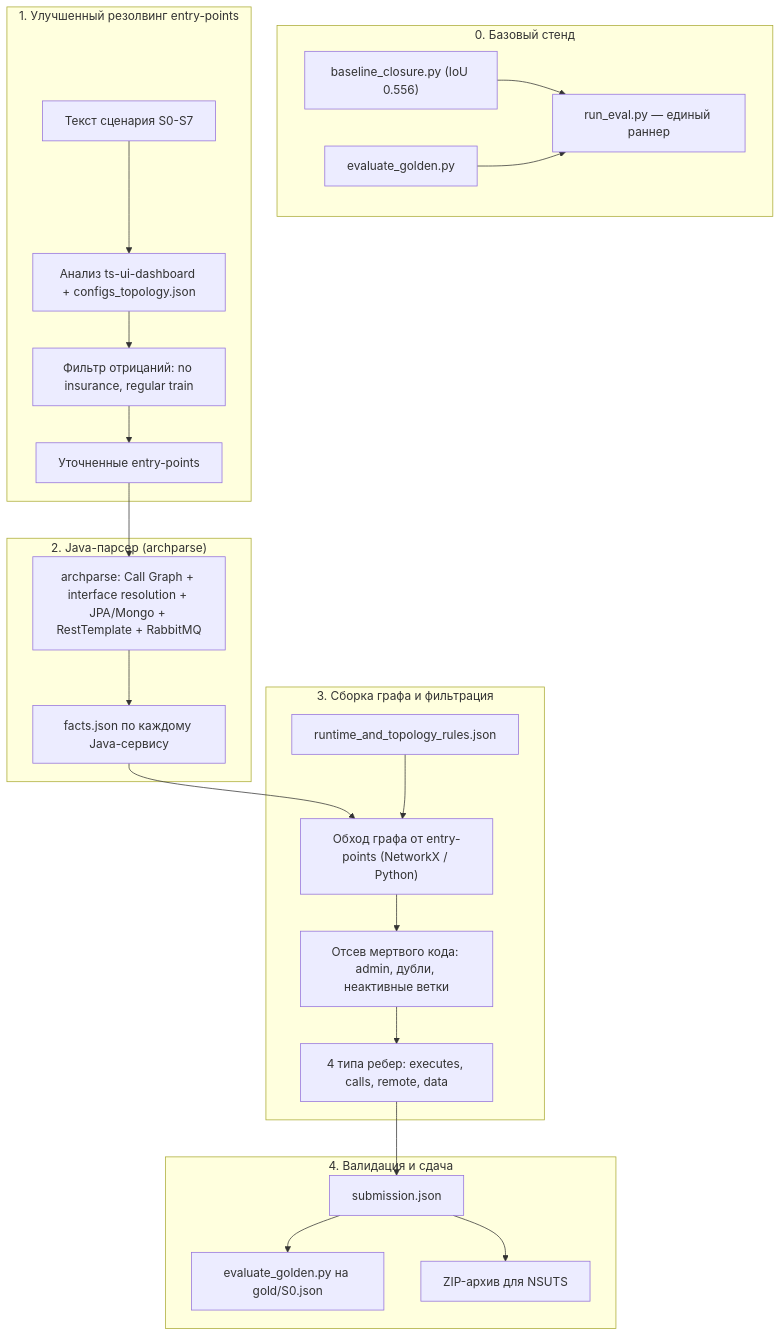
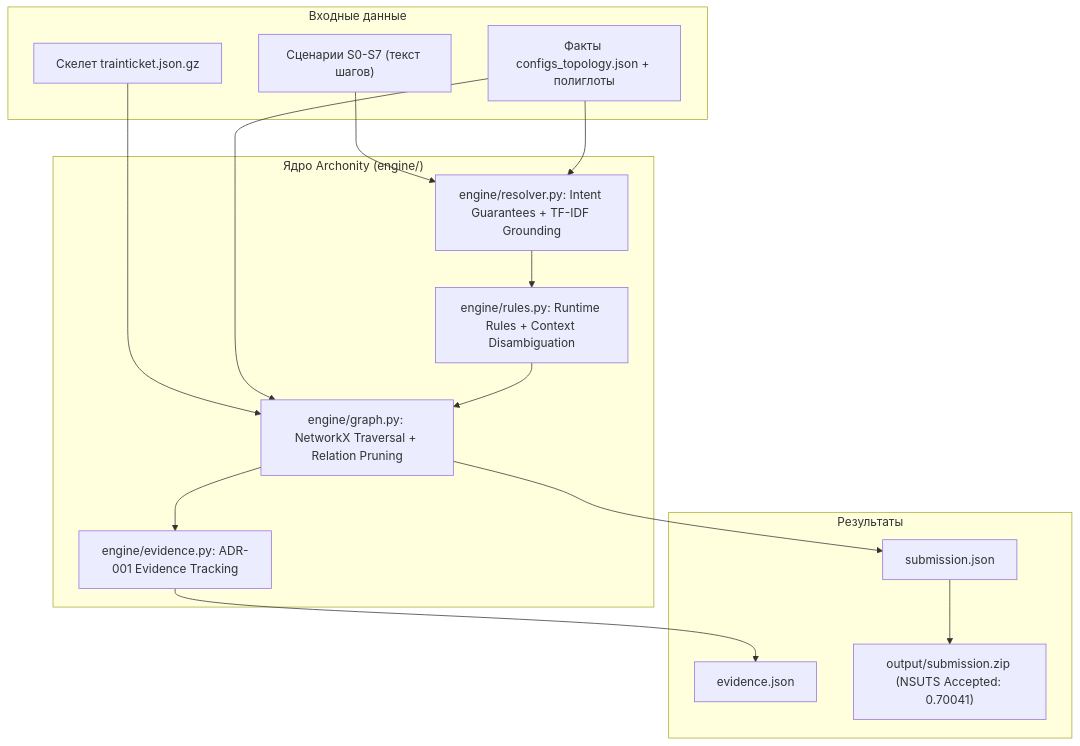
The diagram in docs/roadmap.md (teamv39/archonity), drawn with Mermaid before and after one commit. The commit also changed other lines of this file, not shown here.

Commit message:
docs: актуализировать roadmap с результатами платформы (0.70041) и этапами разработки

````diff
--- a/docs/roadmap.md
+++ b/docs/roadmap.md
@@ -68,31 +64,32 @@
 ```mermaid
 flowchart TD
-    subgraph S0["0. Базовый стенд"]
-        CLOSURE["baseline_closure.py (IoU 0.556)"] --> RUNNER["run_eval.py — единый раннер"]
-        EVAL["evaluate_golden.py"] --> RUNNER
+    subgraph INPUT["Входные данные"]
+        SKEL["Скелет trainticket.json.gz"]
+        SCEN["Сценарии S0-S7 (текст шагов)"]
+        FACTS["Факты configs_topology.json + полиглоты"]
     end
 
-    subgraph S1["1. Улучшенный резолвинг entry-points"]
-        SCEN["Текст сценария S0-S7"] --> UI_MAP["Анализ ts-ui-dashboard + configs_topology.json"]
-        UI_MAP --> NEG["Фильтр отрицаний: no insurance, regular train"]
-        NEG --> ENTRIES["Уточненные entry-points"]
+    subgraph ENGINE["Ядро Archonity (engine/)"]
+        RESOLVER["engine/resolver.py: Intent Guarantees + TF-IDF Grounding"]
+        RULES["engine/rules.py: Runtime Rules + Context Disambiguation"]
+        GRAPH["engine/graph.py: NetworkX Traversal + Relation Pruning"]
+        EVIDENCE["engine/evidence.py: ADR-001 Evidence Tracking"]
     end
 
-    subgraph S2["2. Java-парсер (archparse)"]
-        ENTRIES --> PARSER["archparse: Call Graph + interface resolution + JPA/Mongo + RestTemplate + RabbitMQ"]
-        PARSER --> FACTS["facts.json по каждому Java-сервису"]
+    subgraph OUTPUT["Результаты"]
+        SUB["submission.json"]
+        EVID["evidence.json"]
+        ZIP["output/submission.zip (NSUTS Accepted: 0.70041)"]
     end
 
-    subgraph S3["3. Сборка графа и фильтрация"]
-        FACTS --> ENGINE["Обход графа от entry-points (NetworkX / Python)"]
-        RULES["runtime_and_topology_rules.json"] --> ENGINE
-        ENGINE --> FILTER["Отсев мертвого кода: admin, дубли, неактивные ветки"]
-        FILTER --> EDGES["4 типа ребер: executes, calls, remote, data"]
-    end
-
-    subgraph S4["4. Валидация и сдача"]
-        EDGES --> SUB["submission.json"]
-        SUB --> EVAL2["evaluate_golden.py на gold/S0.json"]
-        SUB --> ZIP["ZIP-архив для NSUTS"]
-    end
+    SKEL --> GRAPH
+    SCEN --> RESOLVER
+    FACTS --> RESOLVER
+    FACTS --> GRAPH
+    RESOLVER --> RULES
+    RULES --> GRAPH
+    GRAPH --> EVIDENCE
+    GRAPH --> SUB
+    EVIDENCE --> EVID
+    SUB --> ZIP
 ```
````
